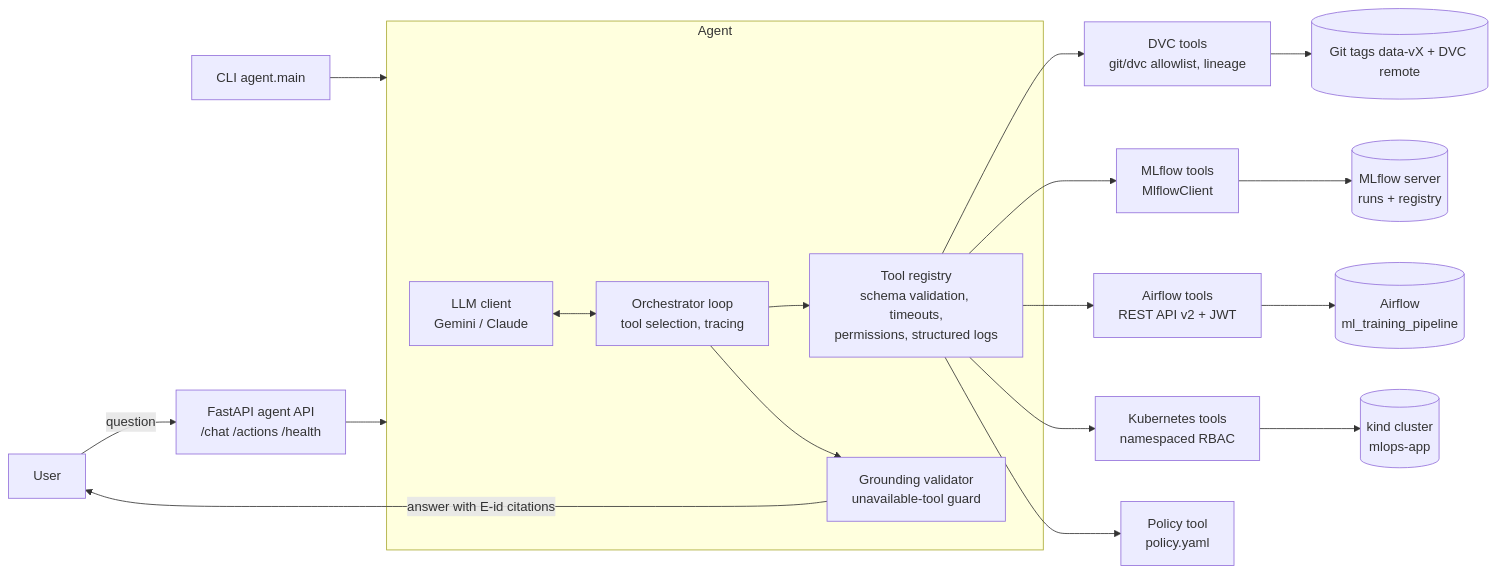
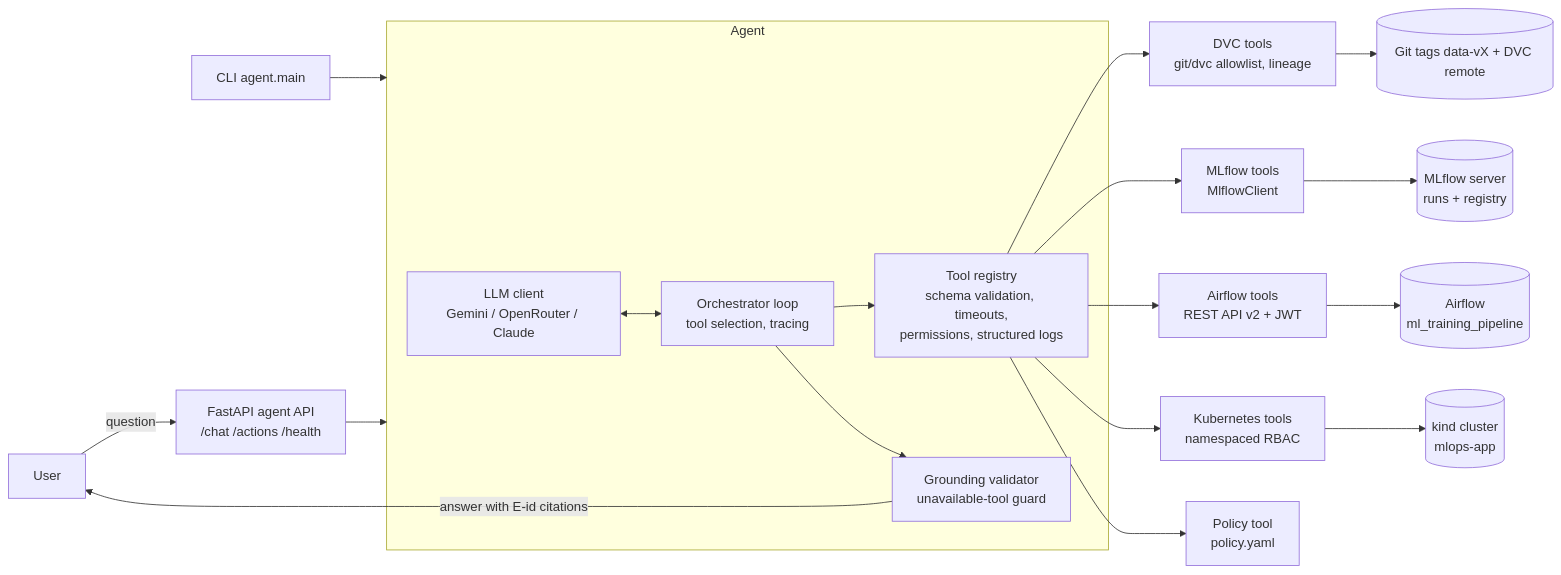
Before and after one commit to Sannan47/MLOps-AI-Agent: the first of 4 diagrams in architecture.md, drawn with Mermaid. The commit also changed 16 other files, not shown here.

Commit message:
Add OpenRouter provider, failure B and C conversations, replay tests and validator fix

````diff
--- a/architecture.md
+++ b/architecture.md
@@ -5,21 +5,21 @@
 ```mermaid
 flowchart LR
   U[User] -->|question| API[FastAPI agent API<br/>/chat /actions /health]
   CLI[CLI agent.main] --> AG
   API --> AG
   subgraph AG[Agent]
-    LLM[LLM client<br/>Gemini / Claude] <--> ORC[Orchestrator loop<br/>tool selection, tracing]
+    LLM[LLM client<br/>Gemini / OpenRouter / Claude] <--> ORC[Orchestrator loop<br/>tool selection, tracing]
     ORC --> REG[Tool registry<br/>schema validation, timeouts,<br/>permissions, structured logs]
     ORC --> GV[Grounding validator<br/>unavailable-tool guard]
   end
   REG --> DVC[DVC tools<br/>git/dvc allowlist, lineage]
   REG --> MLF[MLflow tools<br/>MlflowClient]
   REG --> AFL[Airflow tools<br/>REST API v2 + JWT]
   REG --> K8S[Kubernetes tools<br/>namespaced RBAC]
   REG --> POL[Policy tool<br/>policy.yaml]
   DVC --> GIT[(Git tags data-vX + DVC remote)]
   MLF --> MLS[(MLflow server<br/>runs + registry)]
   AFL --> AFS[(Airflow<br/>ml_training_pipeline)]
   K8S --> CL[(kind cluster<br/>mlops-app)]
   GV -->|answer with E-id citations| U
 ```
````
